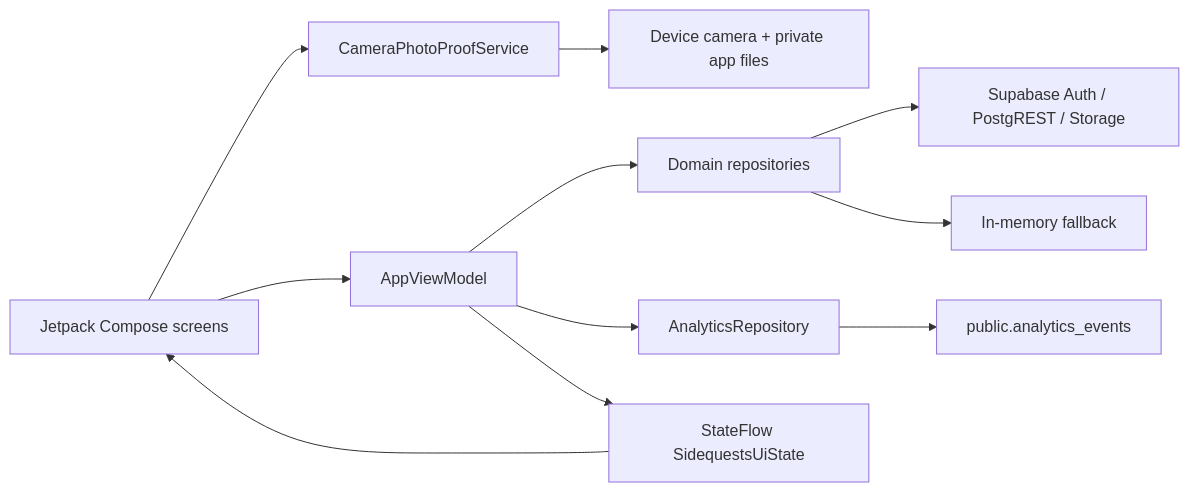
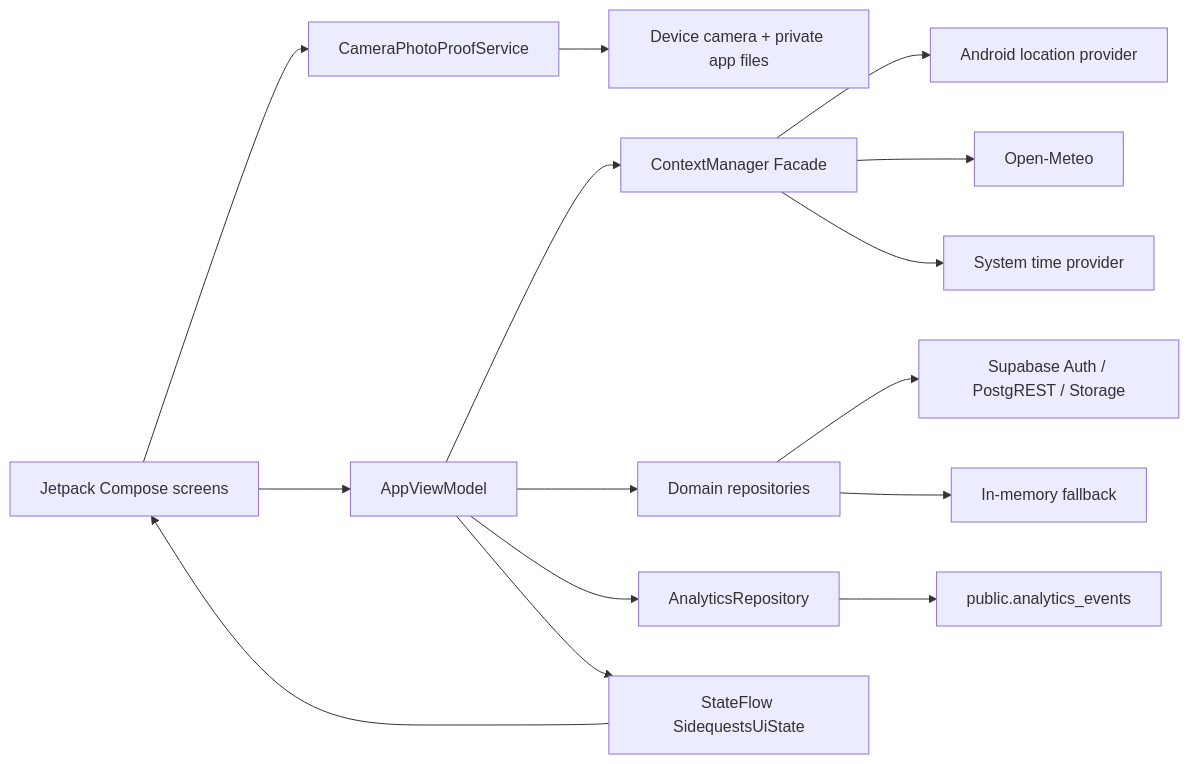
The diagram in docs/ARCHITECTURE.md (Maldinho18/Kotlin-Prototype), drawn with Mermaid before and after one commit. The commit also changed other lines of this file, not shown here.

Commit message:
docs: record Observer and Facade ownership for Sprint 2

````diff
--- a/docs/ARCHITECTURE.md
+++ b/docs/ARCHITECTURE.md
@@ -3,13 +3,17 @@
 ```mermaid
 flowchart LR
     UI[Jetpack Compose screens] --> VM[AppViewModel]
     UI --> CAMERA[CameraPhotoProofService]
     CAMERA --> DEVICE[Device camera + private app files]
+    VM --> CONTEXT[ContextManager Facade]
+    CONTEXT --> GPS[Android location provider]
+    CONTEXT --> WEATHER[Open-Meteo]
+    CONTEXT --> TIME[System time provider]
     VM --> REPO[Domain repositories]
     REPO --> SUPABASE[Supabase Auth / PostgREST / Storage]
     REPO --> LOCAL[In-memory fallback]
     VM --> ANALYTICS[AnalyticsRepository]
     ANALYTICS --> EVENTS[public.analytics_events]
     VM --> STATE[StateFlow SidequestsUiState]
     STATE --> UI
 ```
````
